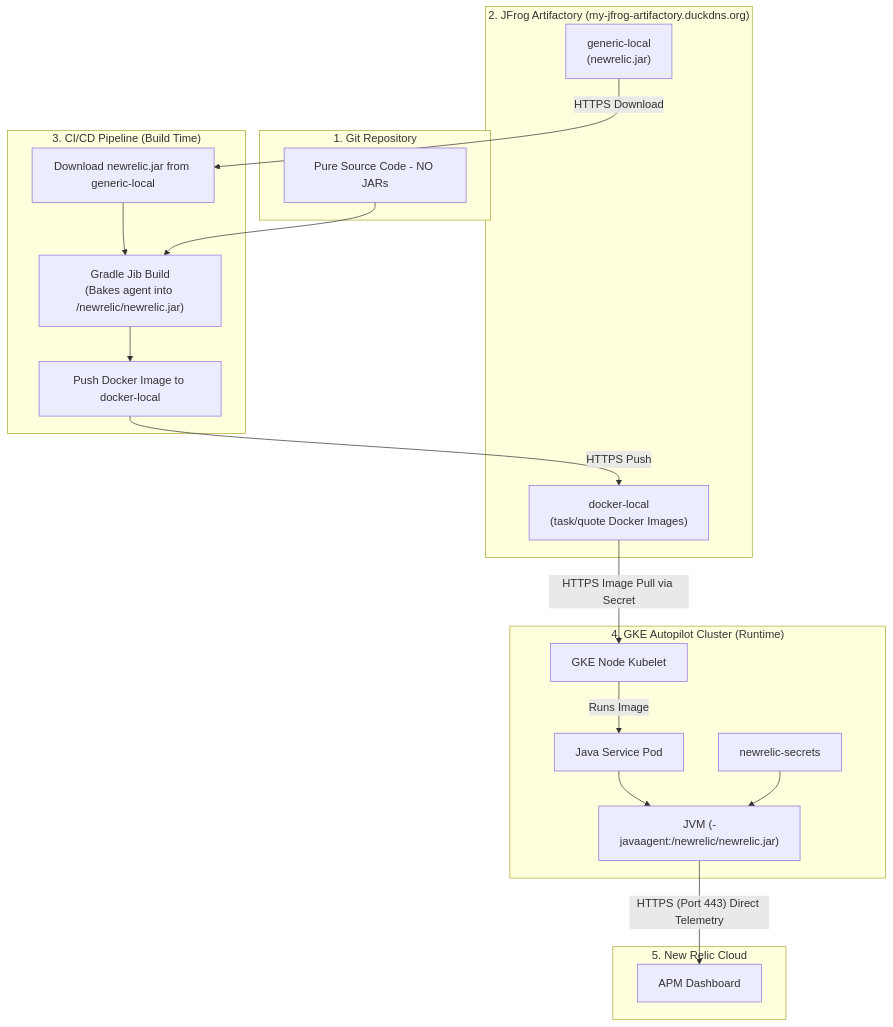
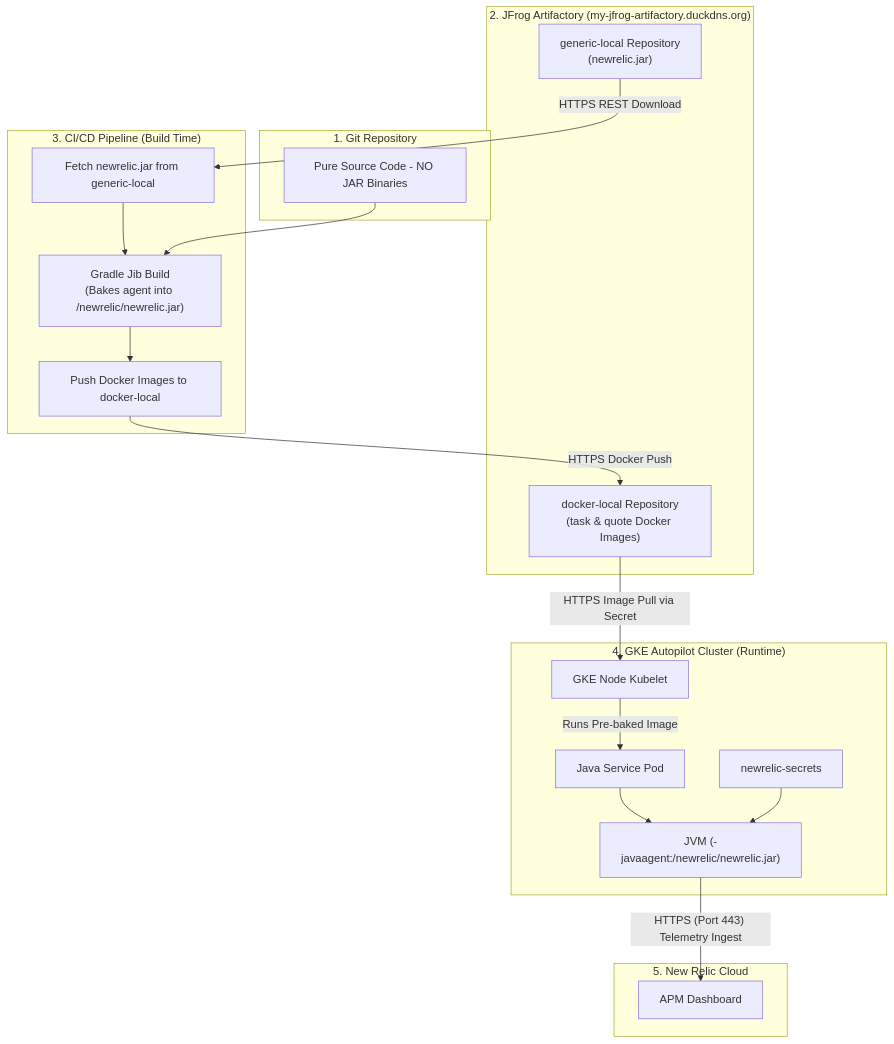
The diagram in docs/newrelic_setup_guide.md (amitpandey1992/java-gke-cicd), drawn with Mermaid before and after one commit. The commit also changed other lines of this file and 3 other files, not shown here.

````diff
--- a/docs/newrelic_setup_guide.md
+++ b/docs/newrelic_setup_guide.md
@@ -43,39 +43,39 @@
 ```mermaid
 flowchart TD
     subgraph GitRepo ["1. Git Repository"]
-        code[Pure Source Code - NO JARs]
+        code[Pure Source Code - NO JAR Binaries]
     end
 
     subgraph JFrogArtifactory ["2. JFrog Artifactory (my-jfrog-artifactory.duckdns.org)"]
-        generic_repo["generic-local\n(newrelic.jar)"]
-        docker_repo["docker-local\n(task/quote Docker Images)"]
+        generic_repo["generic-local Repository\n(newrelic.jar)"]
+        docker_repo["docker-local Repository\n(task & quote Docker Images)"]
     end
 
     subgraph GitHubActions ["3. CI/CD Pipeline (Build Time)"]
-        fetch["Download newrelic.jar from generic-local"]
+        fetch["Fetch newrelic.jar from generic-local"]
         jib["Gradle Jib Build\n(Bakes agent into /newrelic/newrelic.jar)"]
-        push["Push Docker Image to docker-local"]
+        push["Push Docker Images to docker-local"]
         fetch --> jib
         code --> jib
         jib --> push
     end
 
     subgraph GKEAutopilot ["4. GKE Autopilot Cluster (Runtime)"]
         kubelet["GKE Node Kubelet"]
         pod["Java Service Pod"]
         jvm["JVM (-javaagent:/newrelic/newrelic.jar)"]
         secret["newrelic-secrets"]
-        kubelet -->|Runs Image| pod
+        kubelet -->|Runs Pre-baked Image| pod
         pod --> jvm
         secret --> jvm
     end
 
     subgraph NewRelicCloud ["5. New Relic Cloud"]
         nr[APM Dashboard]
     end
 
-    generic_repo -->|HTTPS Download| fetch
-    push -->|HTTPS Push| docker_repo
+    generic_repo -->|HTTPS REST Download| fetch
+    push -->|HTTPS Docker Push| docker_repo
     docker_repo -->|HTTPS Image Pull via Secret| kubelet
-    jvm -- "HTTPS (Port 443) Direct Telemetry" --> nr
+    jvm -- "HTTPS (Port 443) Telemetry Ingest" --> nr
 ```
````
